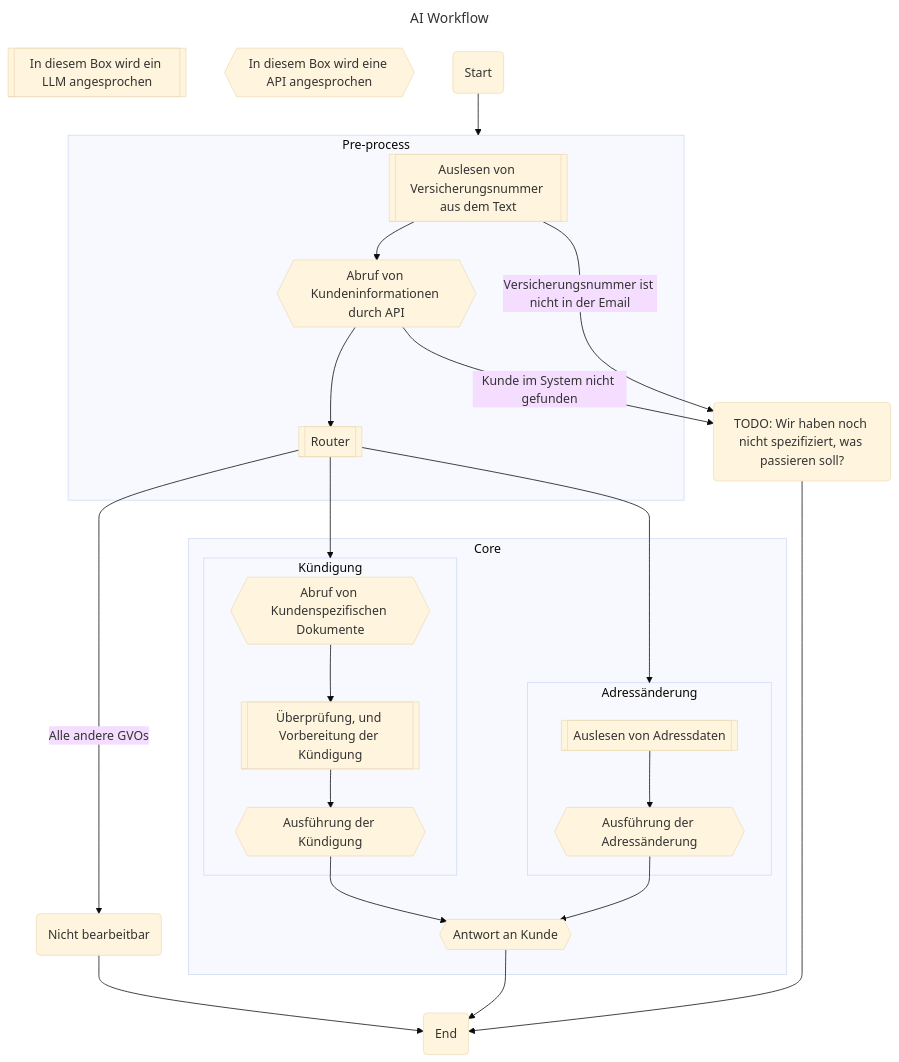
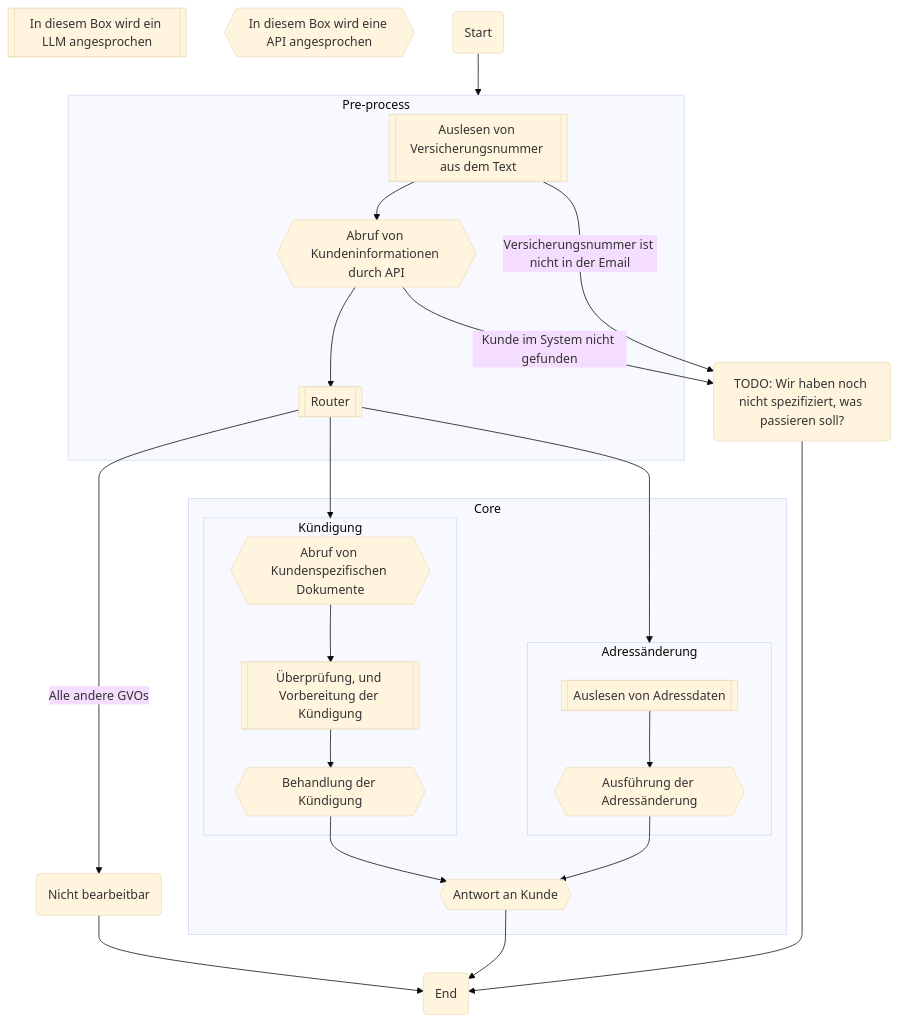
One commit to FausztBenedek/fcb-presentation-ki-workflow changed the diagram in workflow.mermaid. Above: the diagram before and after it, drawn with Mermaid. The commit also changed 3 other files, not shown here.

```diff
--- a/workflow.mermaid
+++ b/workflow.mermaid
@@ -1,72 +1,71 @@
 ---
-title: AI Workflow
 config:
   theme: 'base'
   themeVariables:
     background: #f8f5f4
   themeCSS: |
     .default polygon, .default rect {
       fill: #283149 !important;
       stroke: white !important;
     }
     
     .default:hover polygon, .default:hover rect, .default p:hover {
       fill: blue !important;
       stroke: white !important;
       cursor: pointer !important;
     }
     .default p {
       color: white !important;
     }
     .edgeLabel p {
       background-color: #ffffff !important;
     }
     .cluster rect {
       stroke: black;
       fill: white !important;
     }
 
 ---
 graph TD
     %% Explanations:
     llm[[In diesem Box wird ein LLM angesprochen]]
     api_call{{In diesem Box wird eine API angesprochen}}
 
     __START__(Start)
     __START__ --> Pre-process
     subgraph Pre-process
         customer_data_extract[["Auslesen von Versicherungsnummer aus dem Text"]]
         fetch_customer_details{{"Abruf von Kundeninformationen durch API"}}
         router[["Router"]]
         customer_data_extract --> fetch_customer_details
         fetch_customer_details --> router
     end
     router -->|Alle andere GVOs| uncovered
     router --> Kündigung
     router --> Adressänderung
     subgraph Core
         subgraph Kündigung
             fetch_customer_documents{{"Abruf von Kundenspezifischen Dokumente"}}
             termination_execute_prep[["Überprüfung, und Vorbereitung der Kündigung"]]
-            termination_execute{{"Ausführung der Kündigung"}}
+            termination_handling{{"Behandlung der Kündigung"}}
             fetch_customer_documents --> termination_execute_prep
-            termination_execute_prep --> termination_execute
+            termination_execute_prep --> termination_handling
         end
-        termination_execute --> answer
+        termination_handling --> answer
 
         subgraph Adressänderung
             address_data_extract[["Auslesen von Adressdaten"]]
             address_change_execute{{"Ausführung der Adressänderung"}}
             address_data_extract --> address_change_execute
         end
         address_change_execute --> answer
 
     end
     answer{{"Antwort an Kunde"}}
     todo_node("TODO: Wir haben noch nicht spezifiziert, was passieren soll?")
     fetch_customer_details --> |"Kunde im System nicht gefunden"|todo_node
     customer_data_extract --> |"Versicherungsnummer ist nicht in der Email"|todo_node
     answer --> __END__
     todo_node --> __END__
     __END__(End)
     uncovered("Nicht bearbeitbar") --> __END__;
```
